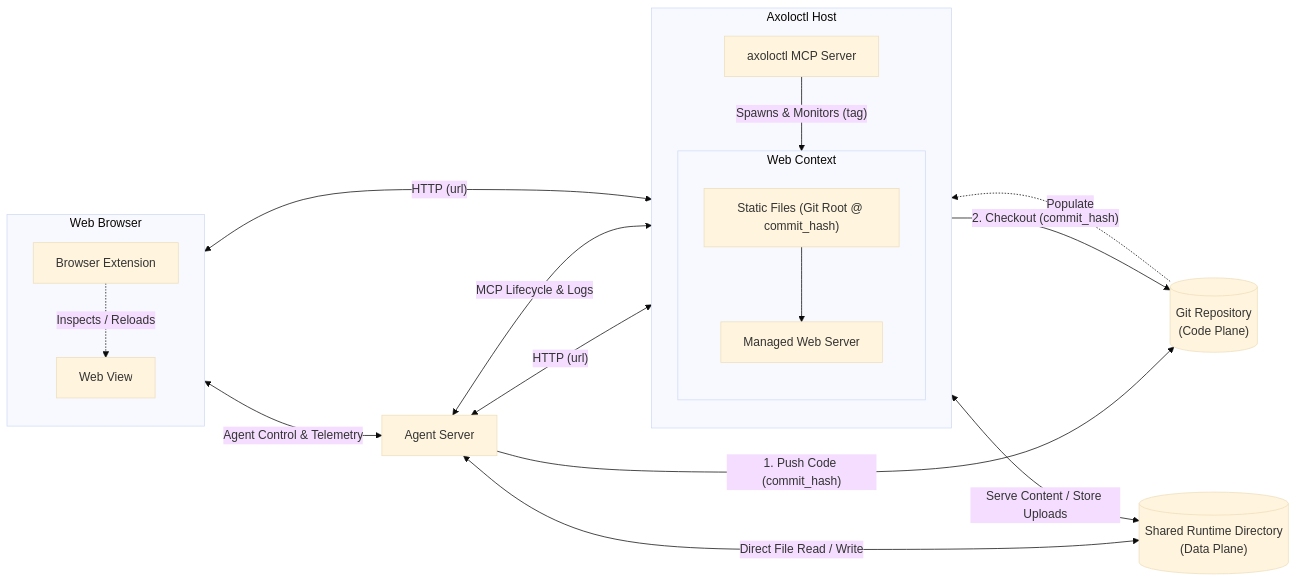
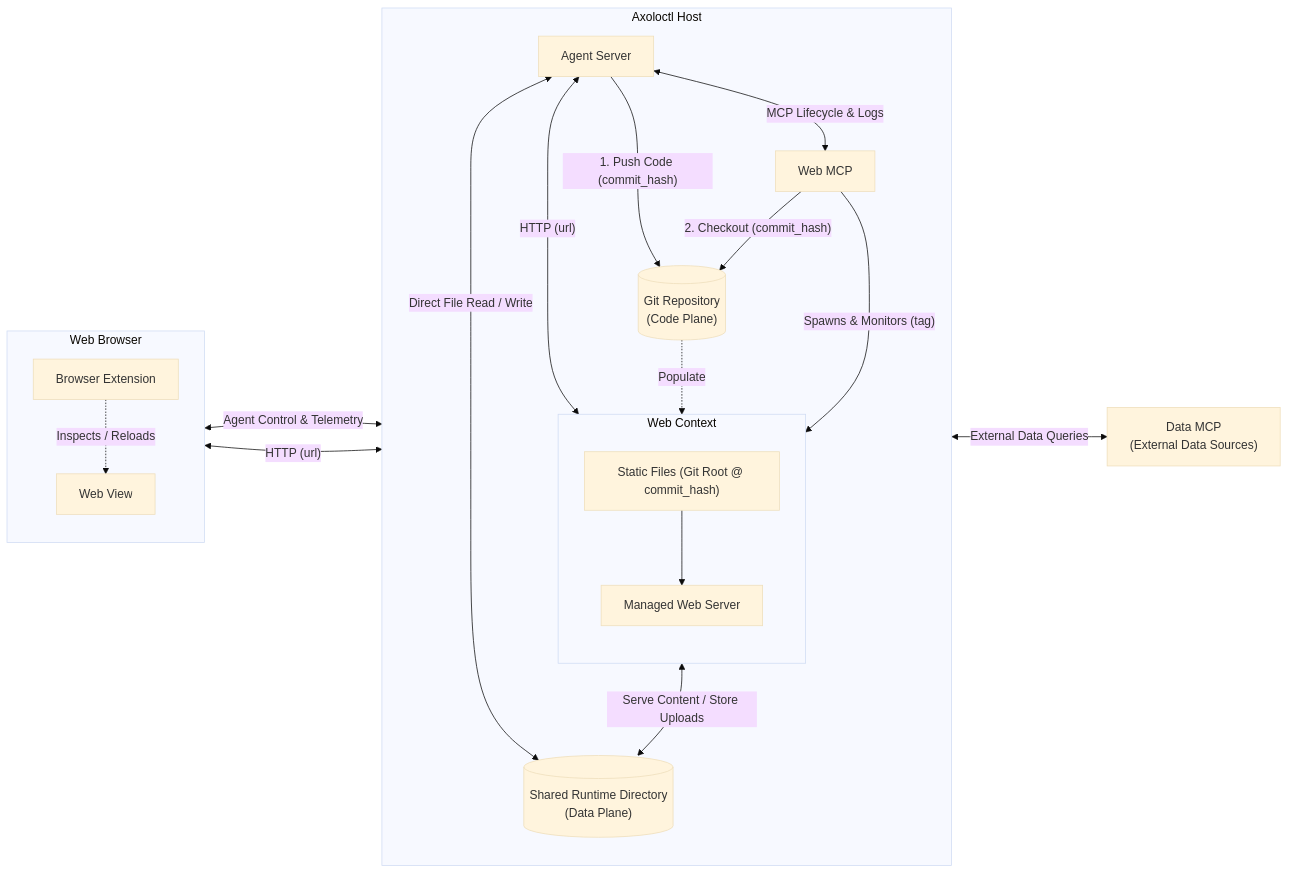
The first of 2 diagrams in mcp/axoloctl/README.md (grafnu/udmi), drawn with Mermaid (base theme) before and after one commit. The commit also changed other lines of this file, not shown here.

Commit message:
Move Agent and Git inside Axoloctl Host and add Web MCP / Data MCP

````diff
--- a/mcp/axoloctl/README.md
+++ b/mcp/axoloctl/README.md
@@ -24,35 +24,39 @@
 ```mermaid
 flowchart LR
   subgraph Browser["Web Browser"]
     direction TB
     Extension["Browser Extension"]
     WebView["Web View"]
     Extension -. "Inspects / Reloads" .-> WebView
   end
 
-  Agent["Agent Server"]
-  Git[("Git Repository\n(Code Plane)")]
-  SharedDir[("Shared Runtime Directory\n(Data Plane)")]
+  DataMCP["Data MCP\n(External Data Sources)"]
 
   subgraph AxoloctlHost["Axoloctl Host"]
     direction TB
-    MCP["axoloctl MCP Server"]
+    Agent["Agent Server"]
+    WebMCP["Web MCP"]
+    Git[("Git Repository\n(Code Plane)")]
+    SharedDir[("Shared Runtime Directory\n(Data Plane)")]
+
     subgraph WebContext["Web Context"]
       direction TB
       StaticRoot["Static Files (Git Root @ commit_hash)"]
       WebServer["Managed Web Server"]
       StaticRoot --> WebServer
     end
-    MCP -->|"Spawns & Monitors (tag)"| WebContext
+
+    Agent <-->|"MCP Lifecycle & Logs"| WebMCP
+    WebMCP -->|"Spawns & Monitors (tag)"| WebContext
+    Agent <-->|"HTTP (url)"| WebServer
+    Agent -->|"1. Push Code (commit_hash)"| Git
+    WebMCP -->|"2. Checkout (commit_hash)"| Git
+    Git -.->|"Populate"| StaticRoot
+    Agent <-->|"Direct File Read / Write"| SharedDir
+    WebServer <-->|"Serve Content / Store Uploads"| SharedDir
   end
 
   Extension <-->|"Agent Control & Telemetry"| Agent
   WebView <-->|"HTTP (url)"| WebServer
-  Agent <-->|"HTTP (url)"| WebServer
-  Agent <-->|"MCP Lifecycle & Logs"| MCP
-  Agent -->|"1. Push Code (commit_hash)"| Git
-  MCP -->|"2. Checkout (commit_hash)"| Git
-  Git -.->|"Populate"| StaticRoot
-  Agent <-->|"Direct File Read / Write"| SharedDir
-  WebServer <-->|"Serve Content / Store Uploads"| SharedDir
+  Agent <-->|"External Data Queries"| DataMCP
 ```
````
